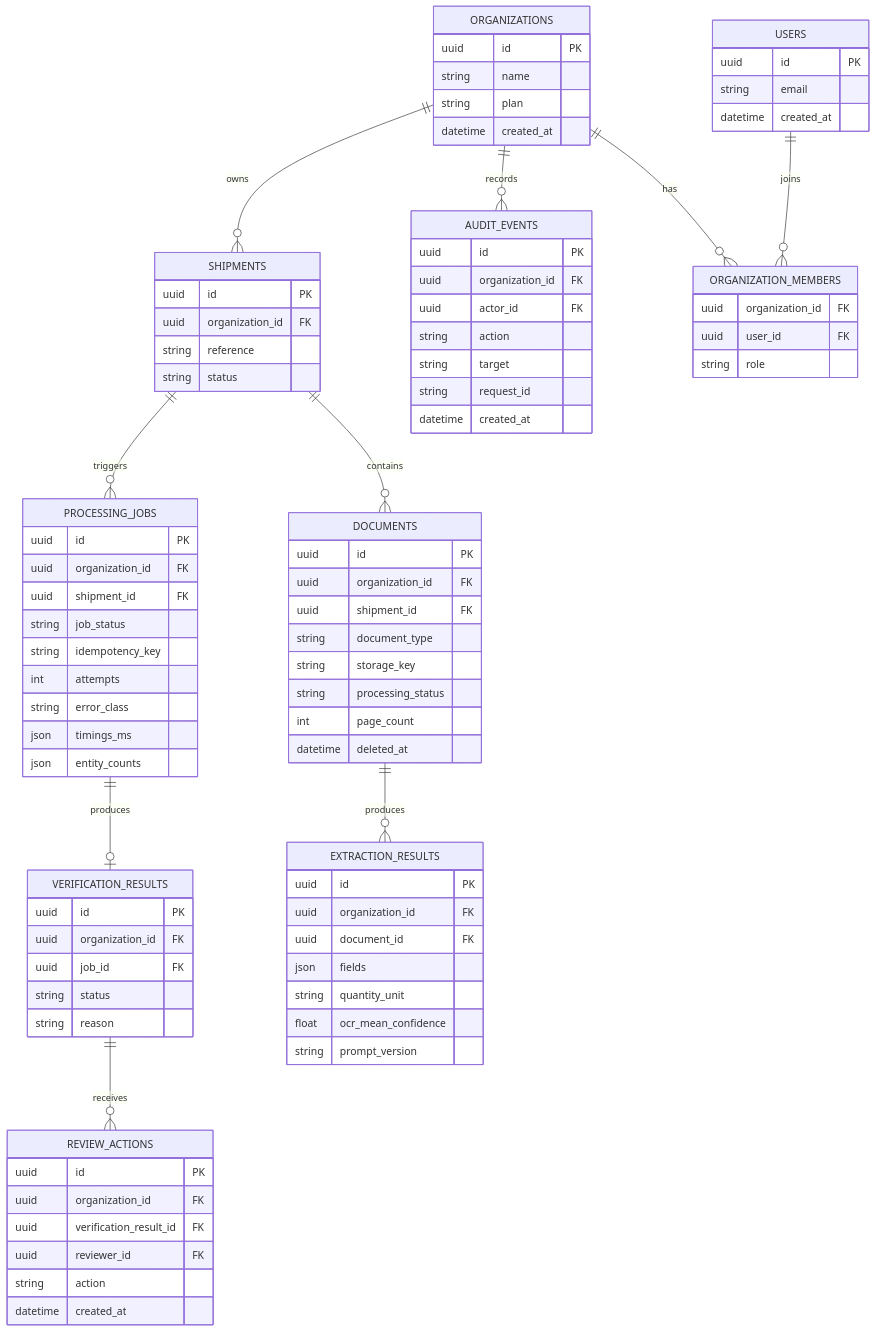
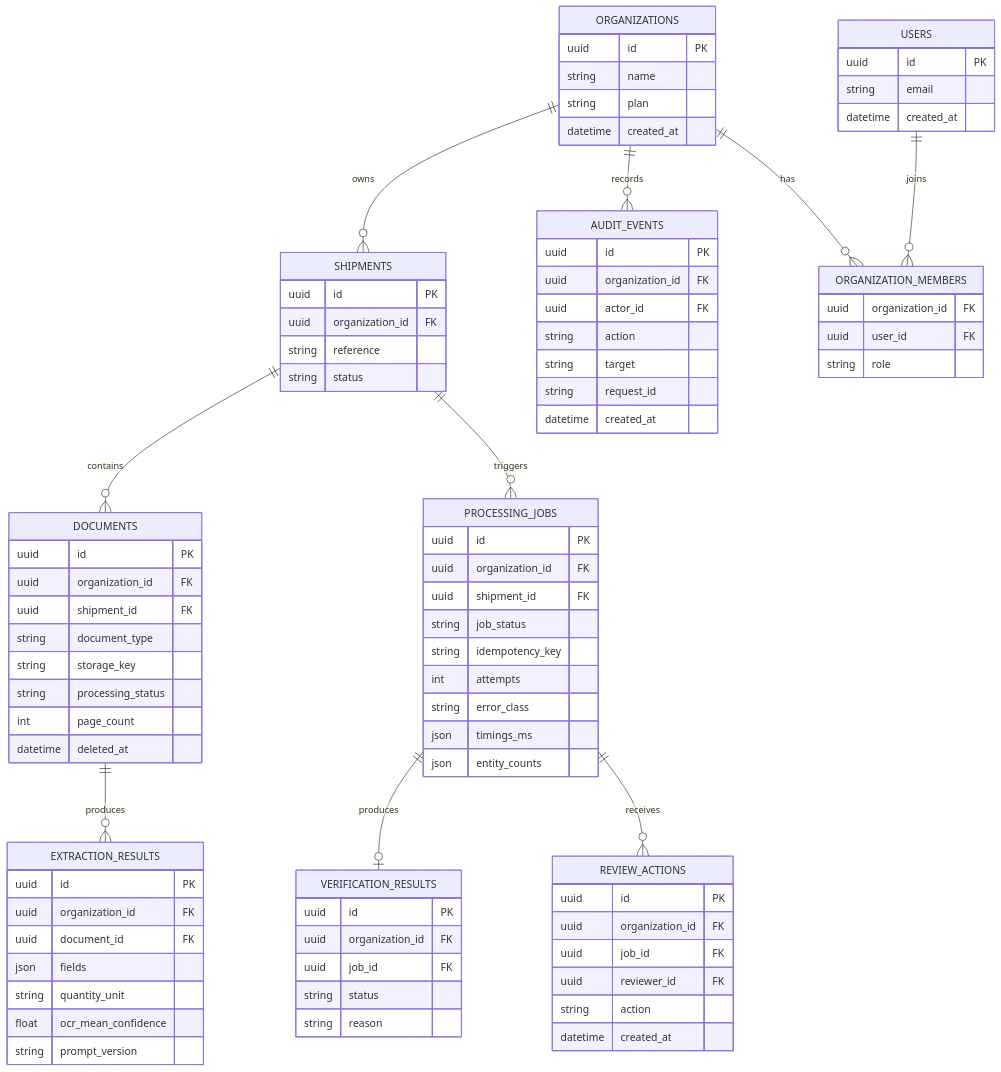
One commit to nivedhitaramu/meridian-ocr-connector changed the third of 6 diagrams in docs/ARCHITECTURE.md. Above: the diagram before and after it, drawn with Mermaid. The commit also changed other lines of this file and 4 other files, not shown here.

```diff
--- a/docs/ARCHITECTURE.md
+++ b/docs/ARCHITECTURE.md
@@ -171,7 +171,7 @@
     SHIPMENTS ||--o{ PROCESSING_JOBS : triggers
     PROCESSING_JOBS ||--o| VERIFICATION_RESULTS : produces
     DOCUMENTS ||--o{ EXTRACTION_RESULTS : produces
-    VERIFICATION_RESULTS ||--o{ REVIEW_ACTIONS : receives
+    PROCESSING_JOBS ||--o{ REVIEW_ACTIONS : receives
 
     ORGANIZATIONS {
         uuid id PK
@@ -235,7 +235,7 @@
     REVIEW_ACTIONS {
         uuid id PK
         uuid organization_id FK
-        uuid verification_result_id FK
+        uuid job_id FK
         uuid reviewer_id FK
         string action
         datetime created_at
```
